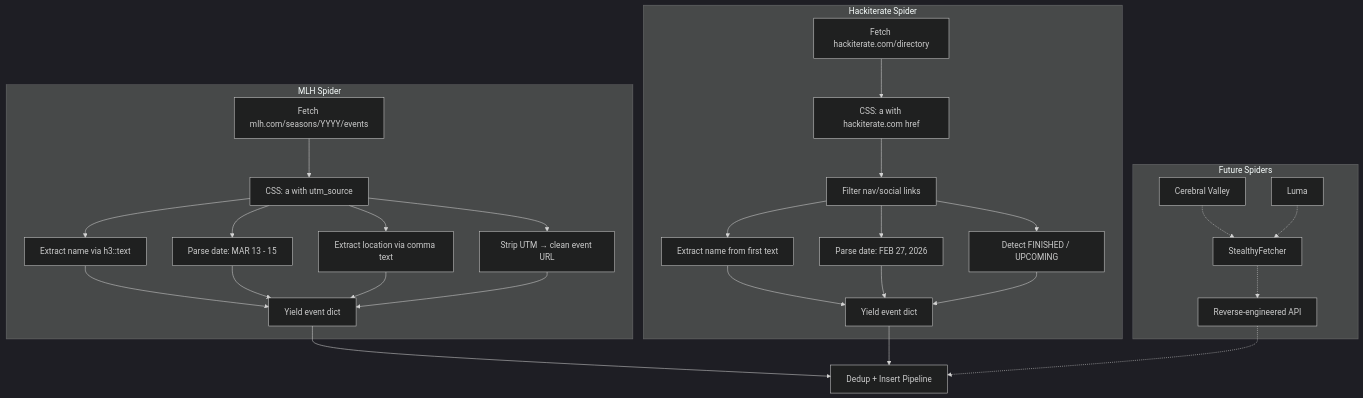
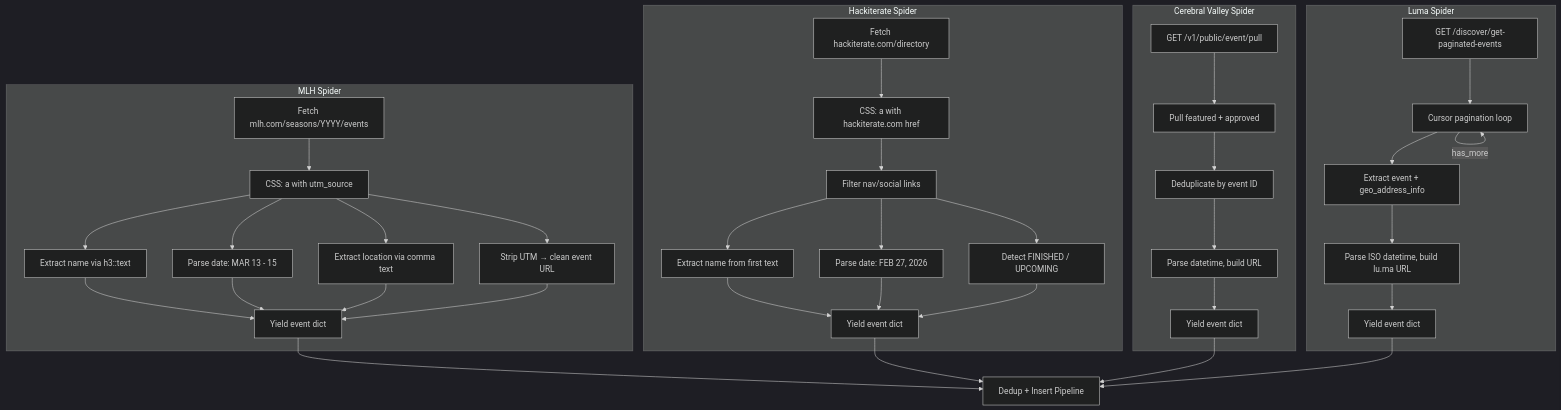
The third of 3 diagrams in services/crawler/README.md (undeemed/ratemyhackathons), drawn with Mermaid (dark theme) before and after one commit. The commit also changed other lines of this file and 20 other files, not shown here.

````diff
--- a/services/crawler/README.md
+++ b/services/crawler/README.md
@@ -73,29 +81,37 @@
 ```mermaid
 flowchart TB
     subgraph MLHSpider["MLH Spider"]
         M1["Fetch mlh.com/seasons/YYYY/events"] --> M2["CSS: a with utm_source"]
         M2 --> M3["Extract name via h3::text"]
         M2 --> M4["Parse date: MAR 13 - 15"]
         M2 --> M5["Extract location via comma text"]
         M2 --> M6["Strip UTM → clean event URL"]
         M3 & M4 & M5 & M6 --> M7["Yield event dict"]
     end
 
     subgraph HackiterateSpider["Hackiterate Spider"]
         H1["Fetch hackiterate.com/directory"] --> H2["CSS: a with hackiterate.com href"]
         H2 --> H3["Filter nav/social links"]
         H3 --> H4["Extract name from first text"]
         H3 --> H5["Parse date: FEB 27, 2026"]
         H3 --> H6["Detect FINISHED / UPCOMING"]
         H4 & H5 & H6 --> H7["Yield event dict"]
     end
 
-    subgraph Future["Future Spiders"]
-        F1["Cerebral Valley"] -.-> F3["StealthyFetcher"]
-        F2["Luma"] -.-> F3
-        F3 -.-> F4["Reverse-engineered API"]
+    subgraph CVSpider["Cerebral Valley Spider"]
+        C1["GET /v1/public/event/pull"] --> C2["Pull featured + approved"]
+        C2 --> C3["Deduplicate by event ID"]
+        C3 --> C4["Parse datetime, build URL"]
+        C4 --> C5["Yield event dict"]
     end
 
-    M7 & H7 --> Pipeline["Dedup + Insert Pipeline"]
-    F4 -.-> Pipeline
+    subgraph LumaSpider["Luma Spider"]
+        L1["GET /discover/get-paginated-events"] --> L2["Cursor pagination loop"]
+        L2 --> L3["Extract event + geo_address_info"]
+        L3 --> L4["Parse ISO datetime, build lu.ma URL"]
+        L4 --> L5["Yield event dict"]
+        L2 -->|has_more| L2
+    end
+
+    M7 & H7 & C5 & L5 --> Pipeline["Dedup + Insert Pipeline"]
 ```
````
